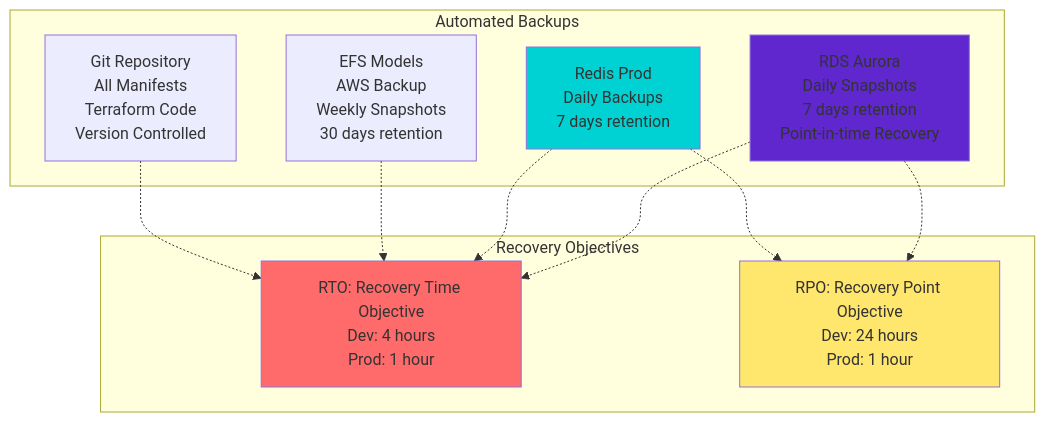
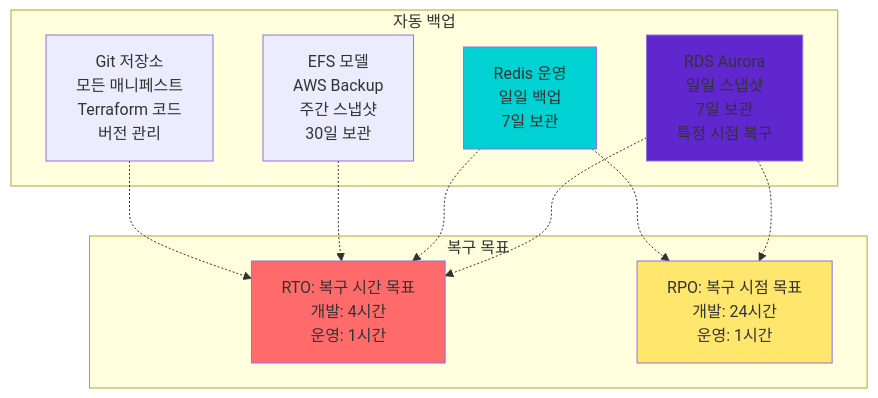
One commit to Pinksea-AI/InvokeAI changed diagram 15 of 15 in docs/final-architecture/01-aws-architecture-diagram.md. Above: the diagram before and after it, drawn with Mermaid. The commit also changed other lines of this file, not shown here.

First line of the commit message:
docs: AWS 아키텍처 다이어그램 문서를 한글로 번역

````diff
--- a/docs/final-architecture/01-aws-architecture-diagram.md
+++ b/docs/final-architecture/01-aws-architecture-diagram.md
@@ -946,31 +946,31 @@
 ```mermaid
 graph TB
-    subgraph Backups[Automated Backups]
-        RDSBackup[RDS Aurora<br/>Daily Snapshots<br/>7 days retention<br/>Point-in-time Recovery]
+    subgraph Backups[자동 백업]
+        RDSBackup[RDS Aurora<br/>일일 스냅샷<br/>7일 보관<br/>특정 시점 복구]
 
-        RedisBackup[Redis Prod<br/>Daily Backups<br/>7 days retention]
+        RedisBackup[Redis 운영<br/>일일 백업<br/>7일 보관]
 
-        EFSBackup[EFS Models<br/>AWS Backup<br/>Weekly Snapshots<br/>30 days retention]
+        EFSBackup[EFS 모델<br/>AWS Backup<br/>주간 스냅샷<br/>30일 보관]
 
-        ConfigBackup[Git Repository<br/>All Manifests<br/>Terraform Code<br/>Version Controlled]
+        ConfigBackup[Git 저장소<br/>모든 매니페스트<br/>Terraform 코드<br/>버전 관리]
     end
 
-    subgraph Recovery[Recovery Objectives]
-        RTO[RTO: Recovery Time Objective<br/>Dev: 4 hours<br/>Prod: 1 hour]
+    subgraph Recovery[복구 목표]
+        RTO[RTO: 복구 시간 목표<br/>개발: 4시간<br/>운영: 1시간]
 
-        RPO[RPO: Recovery Point Objective<br/>Dev: 24 hours<br/>Prod: 1 hour]
+        RPO[RPO: 복구 시점 목표<br/>개발: 24시간<br/>운영: 1시간]
     end
 
     RDSBackup -.-> RTO
     RedisBackup -.-> RTO
     EFSBackup -.-> RTO
     ConfigBackup -.-> RTO
 
     RDSBackup -.-> RPO
     RedisBackup -.-> RPO
 
     style RDSBackup fill:#5F27CD
     style RedisBackup fill:#00D2D3
     style RTO fill:#FF6B6B
     style RPO fill:#FFE66D
 ```
````
